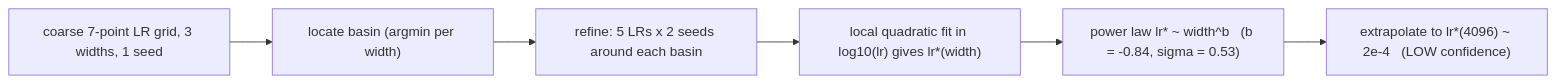
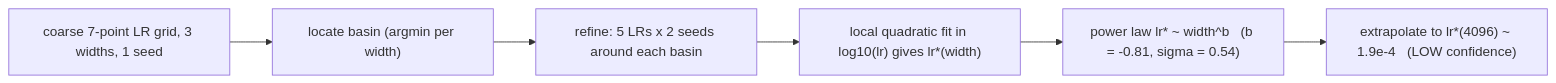
Before and after one commit to RaviNaik/ERA: the third of 3 diagrams in v5/session11/optimizer_experiments/README.md, drawn with Mermaid. The commit also changed other lines of this file and 14 other files, not shown here.

````diff
--- a/v5/session11/optimizer_experiments/README.md
+++ b/v5/session11/optimizer_experiments/README.md
@@ -389,8 +385,8 @@
 ```mermaid
 flowchart LR
     A["coarse 7-point LR grid, 3 widths, 1 seed"] --> B["locate basin (argmin per width)"]
     B --> C["refine: 5 LRs x 2 seeds around each basin"]
     C --> D["local quadratic fit in log10(lr) gives lr*(width)"]
-    D --> E["power law lr* ~ width^b   (b = -0.84, sigma = 0.53)"]
-    E --> F["extrapolate to lr*(4096) ~ 2e-4   (LOW confidence)"]
+    D --> E["power law lr* ~ width^b   (b = -0.81, sigma = 0.54)"]
+    E --> F["extrapolate to lr*(4096) ~ 1.9e-4   (LOW confidence)"]
 ```
````
